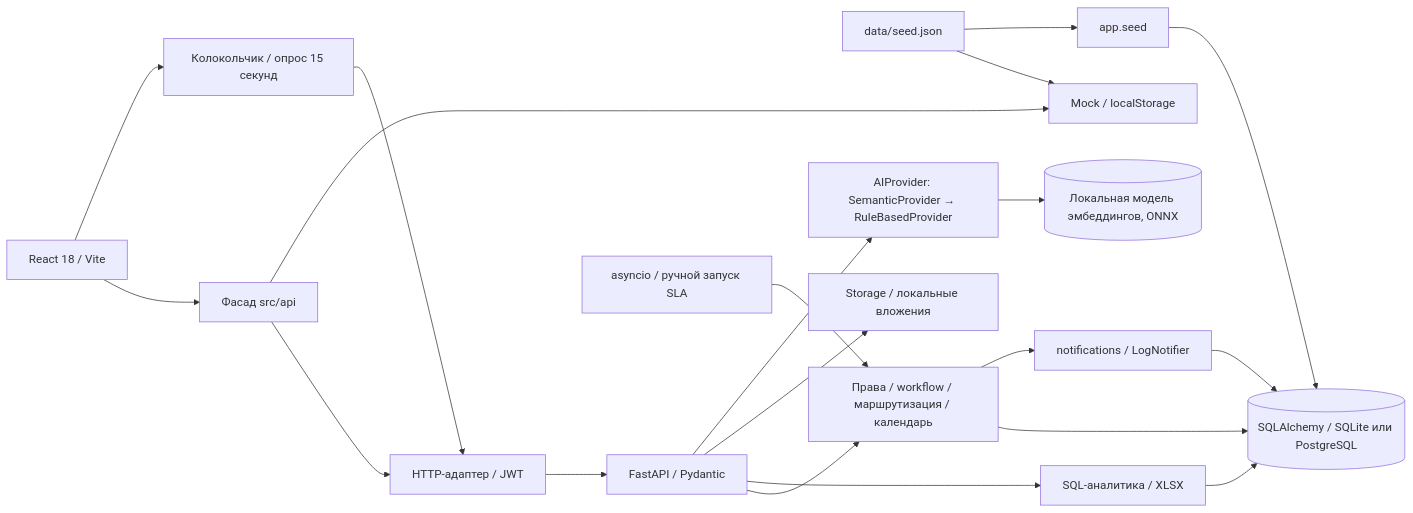
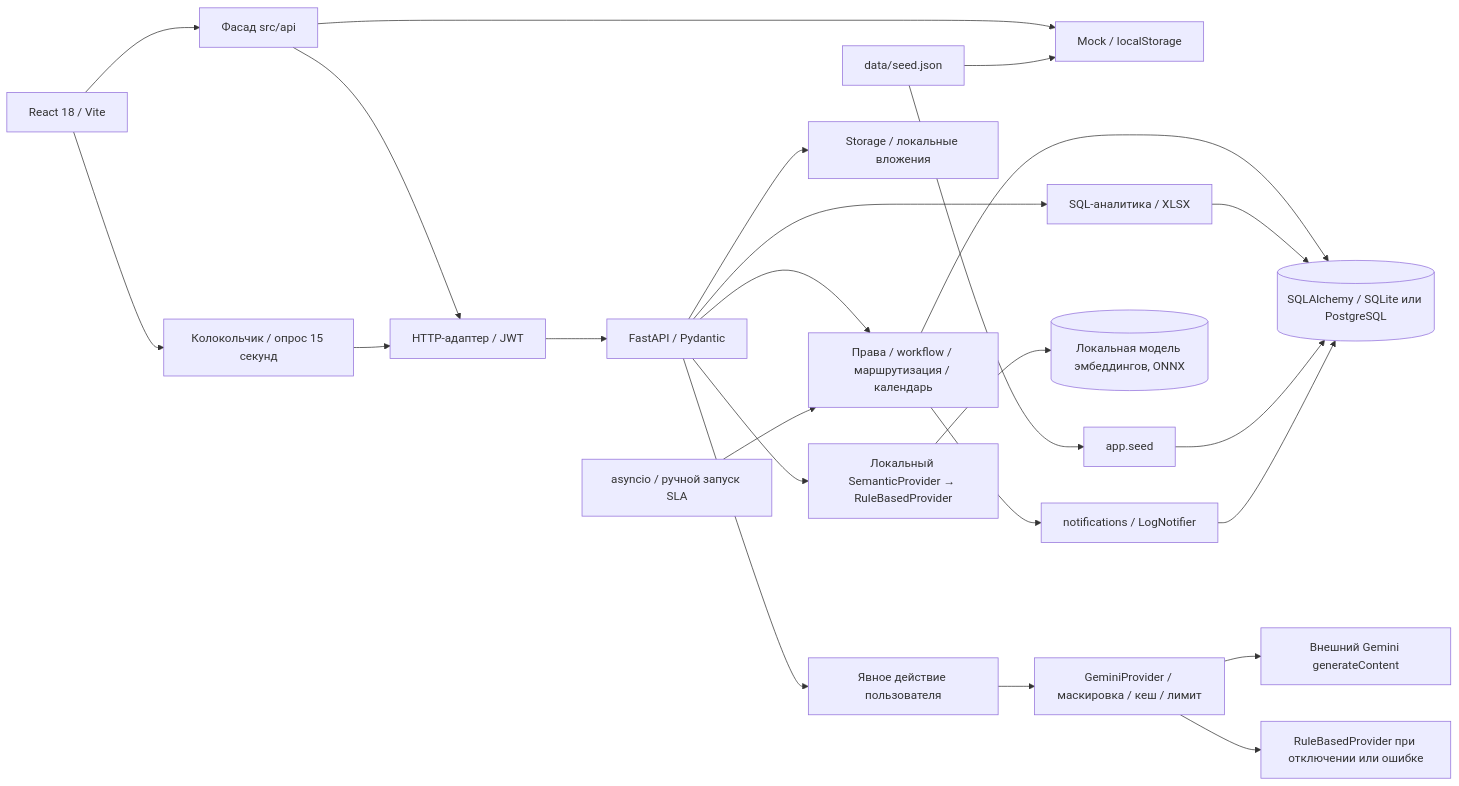
Before and after one commit to iwbhappy/ModusTradeHackathon: the first of 3 diagrams in docs/architecture.md, drawn with Mermaid. The commit also changed other lines of this file and 31 other files, not shown here.

````diff
--- a/docs/architecture.md
+++ b/docs/architecture.md
@@ -7,22 +7,26 @@
 ```mermaid
 flowchart LR
     UI[React 18 / Vite] --> Adapter[Фасад src/api]
     Adapter --> HTTP[HTTP-адаптер / JWT]
     Adapter --> Mock[Mock / localStorage]
     Seed[data/seed.json] --> Mock
     Seed --> Import[app.seed]
     HTTP --> API[FastAPI / Pydantic]
     API --> Domain[Права / workflow / маршрутизация / календарь]
     API --> SQL[SQL-аналитика / XLSX]
     Domain --> DB[(SQLAlchemy / SQLite или PostgreSQL)]
     SQL --> DB
     Import --> DB
     API --> Storage[Storage / локальные вложения]
-    API --> AI[AIProvider: SemanticProvider → RuleBasedProvider]
+    API --> AI[Локальный SemanticProvider → RuleBasedProvider]
     AI --> EMB[(Локальная модель эмбеддингов, ONNX)]
+    API --> Button[Явное действие пользователя]
+    Button --> LLM[GeminiProvider / маскировка / кеш / лимит]
+    LLM --> Gemini[Внешний Gemini generateContent]
+    LLM --> Rules[RuleBasedProvider при отключении или ошибке]
     Timer[asyncio / ручной запуск SLA] --> Domain
     Domain --> Notice[notifications / LogNotifier]
     Notice --> DB
     UI --> Bell[Колокольчик / опрос 15 секунд]
     Bell --> HTTP
 ```
````
